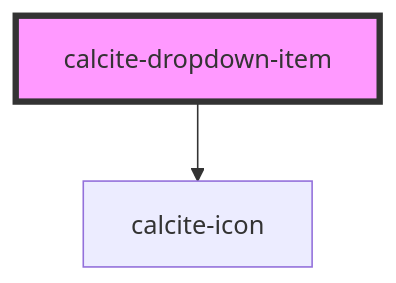
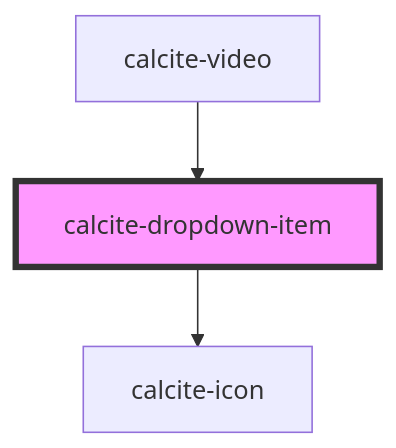
Before and after one commit to Esri/calcite-design-system: the diagram in src/components/calcite-dropdown-item/readme.md, drawn with Mermaid. The commit also changed other lines of this file and 13 other files, not shown here.

````diff
--- a/src/components/calcite-dropdown-item/readme.md
+++ b/src/components/calcite-dropdown-item/readme.md
@@ -38,5 +42,6 @@
 ```mermaid
 graph TD;
   calcite-dropdown-item --> calcite-icon
+  calcite-video --> calcite-dropdown-item
   style calcite-dropdown-item fill:#f9f,stroke:#333,stroke-width:4px
 ```
````
